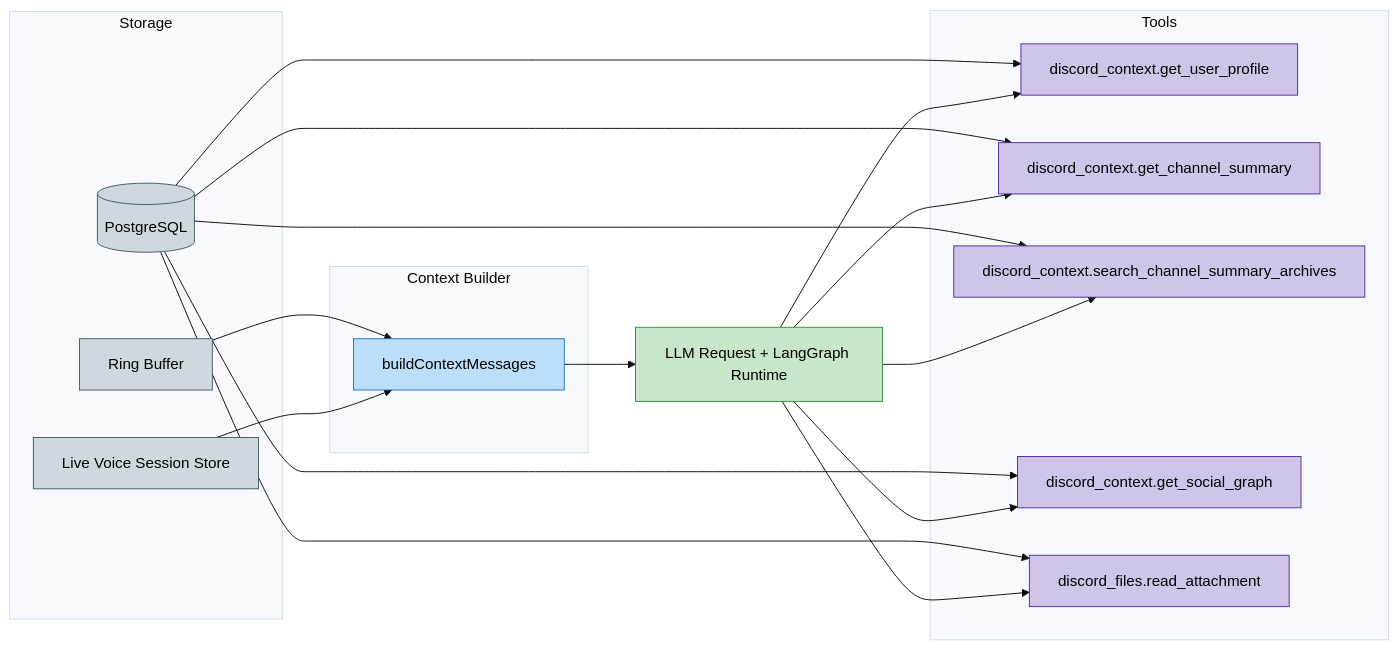
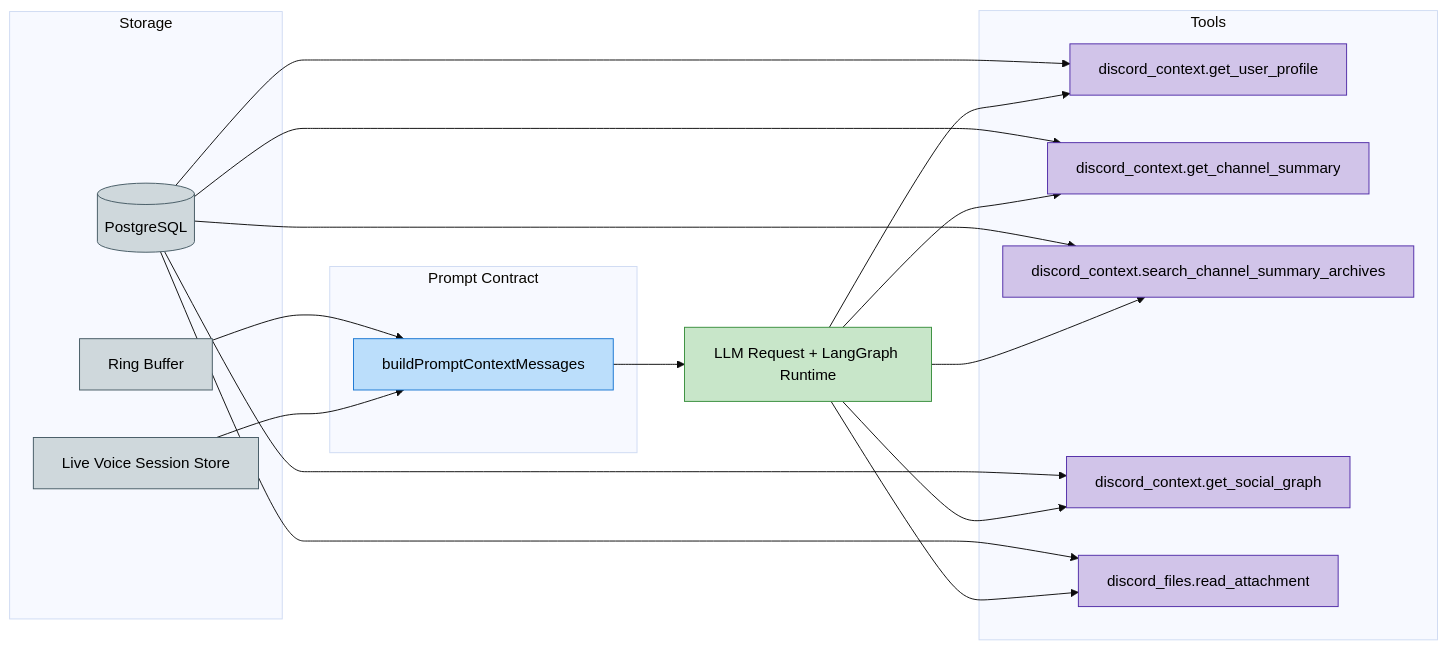
One commit to BokX1/Sage changed the diagram in docs/architecture/MEMORY.md. Above: the diagram before and after it, drawn with Mermaid (base theme). The commit also changed other lines of this file and 26 other files, not shown here.

Commit message:
feat: harden prompt contract and graph closeout loop

````diff
--- a/docs/architecture/MEMORY.md
+++ b/docs/architecture/MEMORY.md
@@ -74,39 +74,39 @@
 ```mermaid
 flowchart LR
     classDef storage fill:#cfd8dc,stroke:#455a64,color:black
     classDef tools fill:#d1c4e9,stroke:#512da8,color:black
     classDef builder fill:#bbdefb,stroke:#1976d2,color:black
     classDef llm fill:#c8e6c9,stroke:#388e3c,color:black
 
     subgraph Storage
         DB[(PostgreSQL)]:::storage
         RB[Ring Buffer]:::storage
         VS[Live Voice Session Store]:::storage
     end
 
     subgraph Tools
         U[discord_context.get_user_profile]:::tools
         C[discord_context.get_channel_summary]:::tools
         A[discord_context.search_channel_summary_archives]:::tools
         G[discord_context.get_social_graph]:::tools
         F[discord_files.read_attachment]:::tools
     end
 
-    subgraph Builder["Context Builder"]
-        MB[buildContextMessages]:::builder
+    subgraph Builder["Prompt Contract"]
+        MB[buildPromptContextMessages]:::builder
     end
 
     RB --> MB
     VS --> MB
     MB --> LLM[LLM Request + LangGraph Runtime]:::llm
     DB --> U
     DB --> C
     DB --> A
     DB --> G
     DB --> F
     LLM --> U
     LLM --> C
     LLM --> A
     LLM --> G
     LLM --> F
 ```
````
